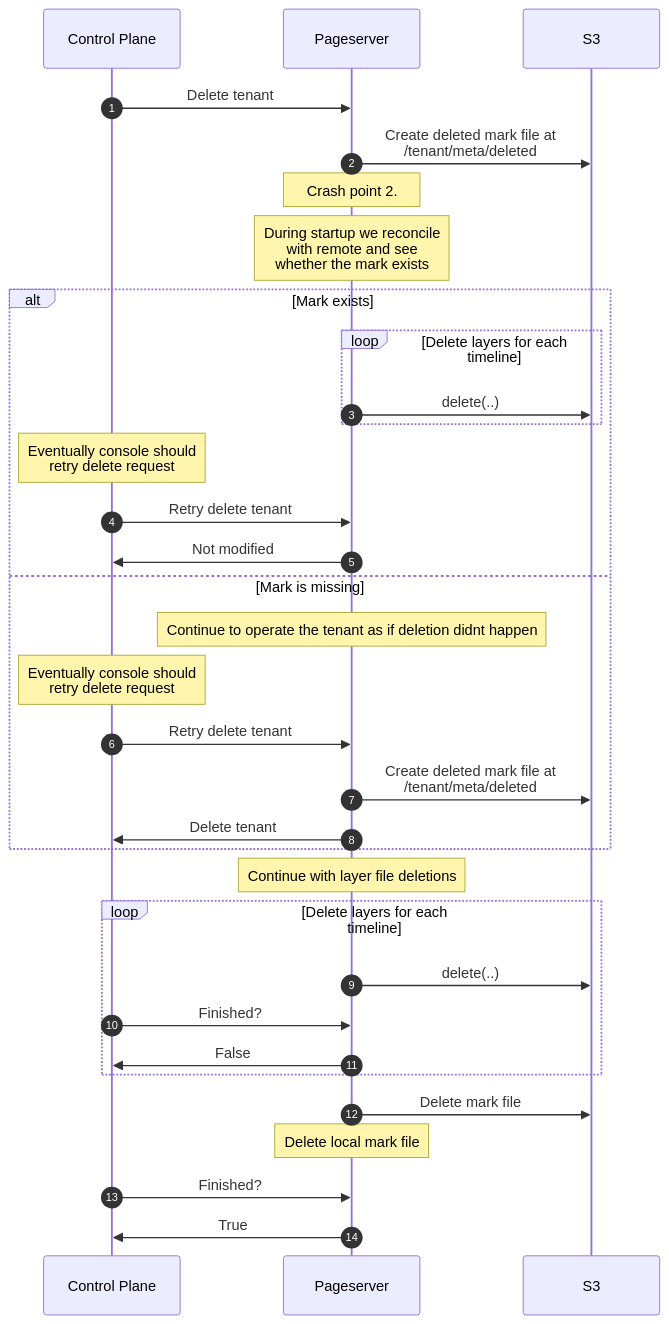
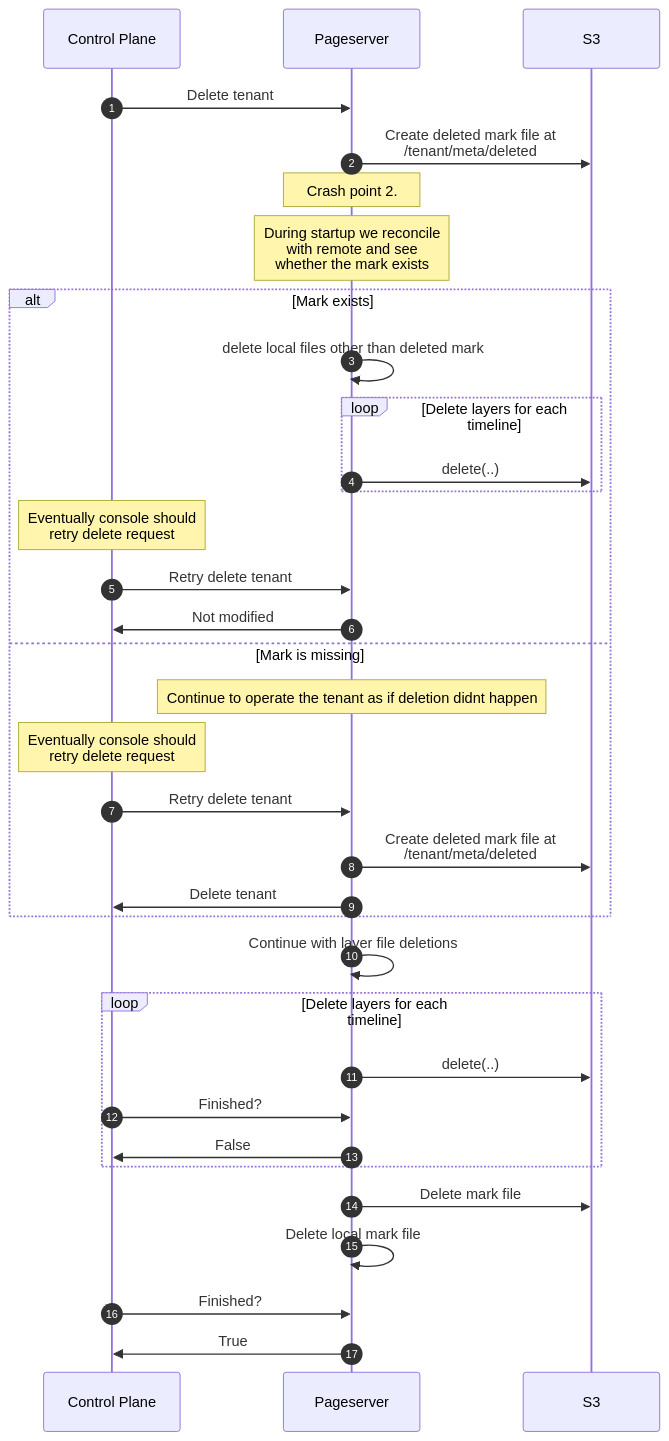
One commit to neondatabase/neon changed the third of 4 diagrams in docs/rfcs/022-pageserver-delete-from-s3.md. Above: the diagram before and after it, drawn with Mermaid. The commit also changed other lines of this file, not shown here.

````diff
--- a/docs/rfcs/022-pageserver-delete-from-s3.md
+++ b/docs/rfcs/022-pageserver-delete-from-s3.md
@@ -115,44 +120,45 @@
 ```mermaid
 sequenceDiagram
     autonumber
     participant CP as Control Plane
     participant PS as Pageserver
     participant S3
 
     CP->>PS: Delete tenant
     PS->>S3: Create deleted mark file at <br> /tenant/meta/deleted
 
     note over PS: Crash point 2.
     note over PS: During startup we reconcile <br> with remote and see <br> whether the mark exists
     alt Mark exists
+        PS->>PS: delete local files other than deleted mark
         loop Delete layers for each timeline
             PS->>S3: delete(..)
         end
 
         note over CP: Eventually console should <br> retry delete request
 
         CP->>PS: Retry delete tenant
         PS->>CP: Not modified
     else Mark is missing
         note over PS: Continue to operate the tenant as if deletion didnt happen
 
         note over CP: Eventually console should <br> retry delete request
 
         CP->>PS: Retry delete tenant
         PS->>S3: Create deleted mark file at <br> /tenant/meta/deleted
         PS->>CP: Delete tenant
     end
 
-    note over PS: Continue with layer file deletions
+    PS->>PS: Continue with layer file deletions
     loop Delete layers for each timeline
         PS->>S3: delete(..)
         CP->>PS: Finished?
         PS->>CP: False
     end
 
     PS->>S3: Delete mark file
-    note over PS: Delete local mark file
+    PS->>PS: Delete local mark file
 
     CP->>PS: Finished?
     PS->>CP: True
 ```
````
